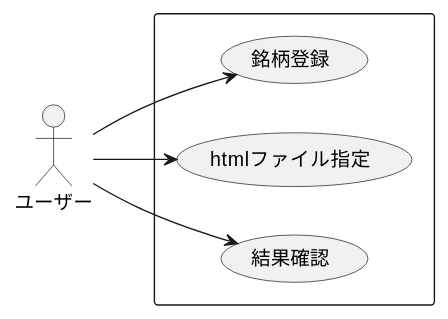
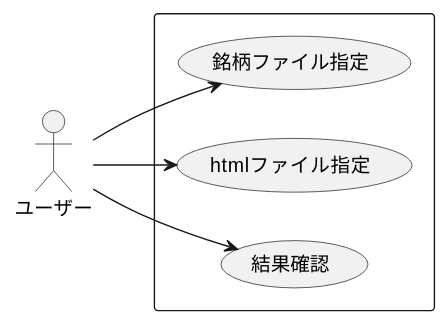
The second of 5 diagrams in client/docs/readme.md (of3jlmssoo/djangorest-simple-app), drawn with PlantUML before and after one commit. The commit also changed other lines of this file and 1 other file, not shown here.

````diff
--- a/client/docs/readme.md
+++ b/client/docs/readme.md
@@ -30,14 +30,14 @@
 ```plantuml
 @startuml
 left to right direction
 actor "ユーザー" as user
 rectangle {
-usecase "銘柄登録" as UC1
+usecase "銘柄ファイル指定" as UC1
 usecase "htmlファイル指定" as UC2
 usecase "結果確認" as UC3
 }
 user --> UC1
 user --> UC2
 user --> UC3
 @enduml
 ```
````
